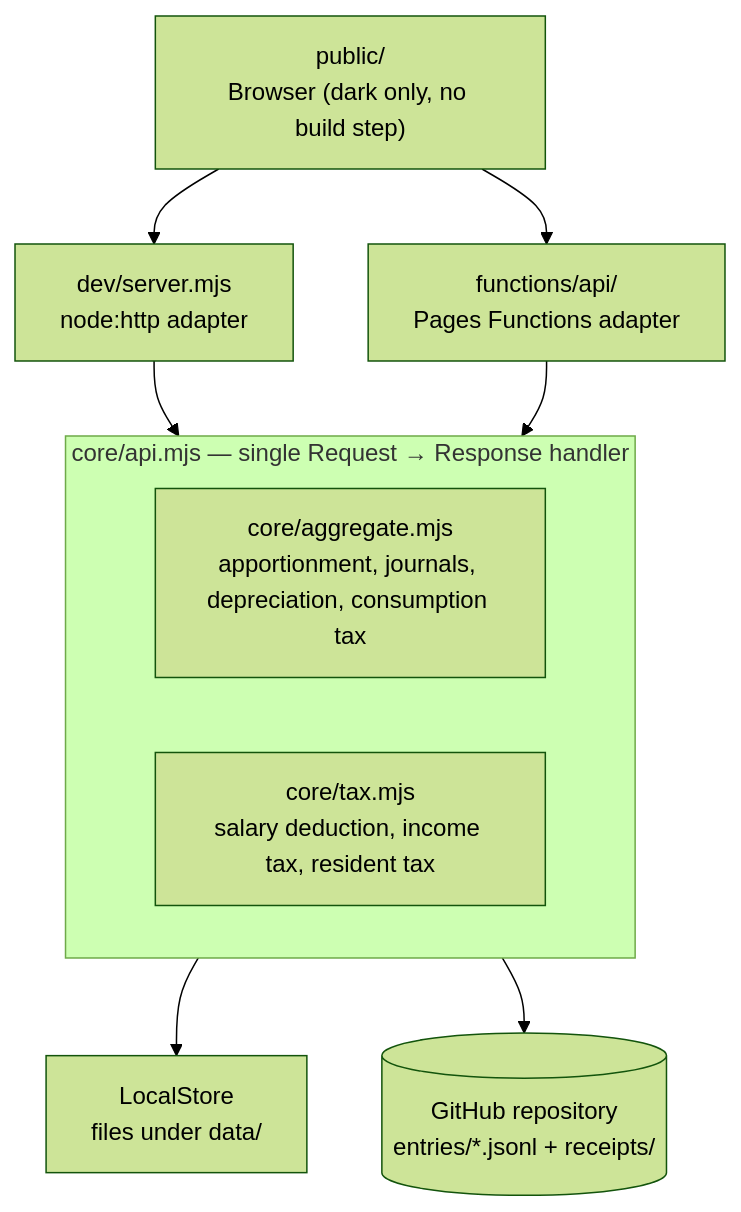
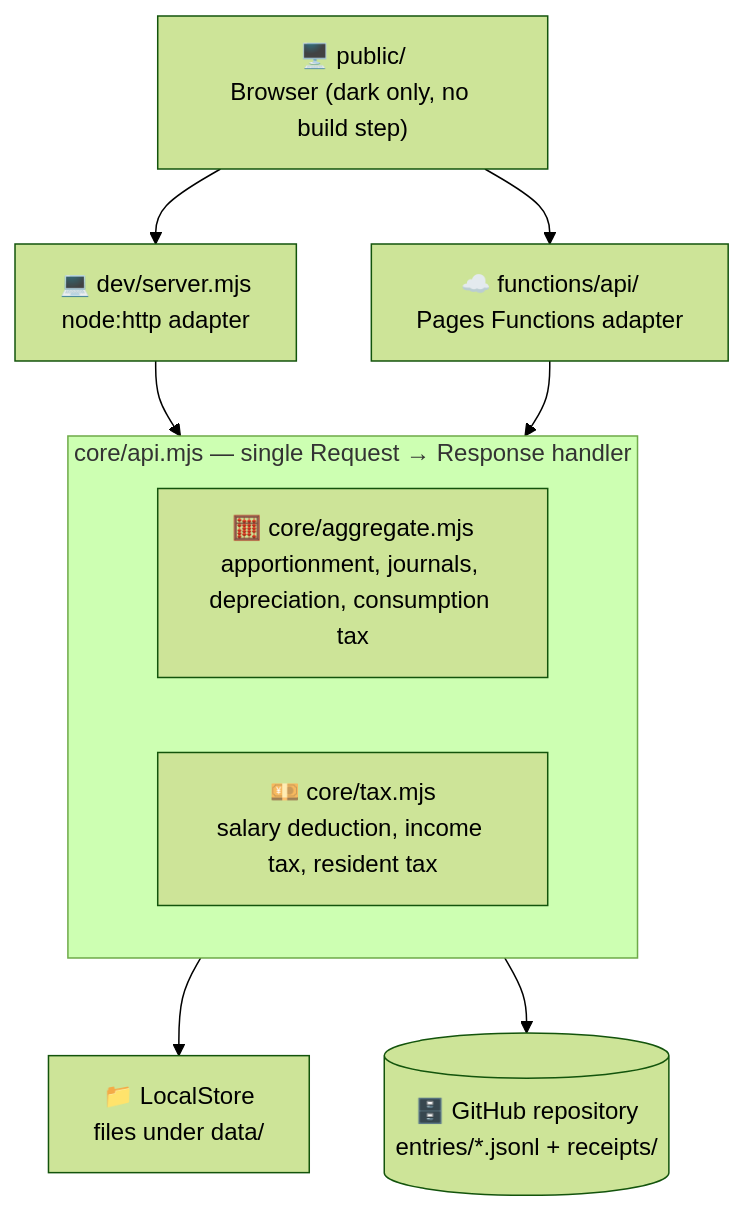
One commit to yktsnet/etax-prep changed the diagram in README.en.md. Above: the diagram before and after it, drawn with Mermaid (forest theme). The commit also changed 1 other file, not shown here.

Commit message:
docs: Mermaid の各ノードに絵文字を置く (#12)

````diff
--- a/README.en.md
+++ b/README.en.md
@@ -54,19 +54,19 @@
 ```mermaid
 flowchart TB
-  UI["public/<br/>Browser (dark only, no build step)"]
+  UI["🖥️ public/<br/>Browser (dark only, no build step)"]
 
   subgraph handler["core/api.mjs — single Request → Response handler"]
-    AGG["core/aggregate.mjs<br/>apportionment, journals, depreciation, consumption tax"]
-    TAX["core/tax.mjs<br/>salary deduction, income tax, resident tax"]
+    AGG["🧮 core/aggregate.mjs<br/>apportionment, journals, depreciation, consumption tax"]
+    TAX["💴 core/tax.mjs<br/>salary deduction, income tax, resident tax"]
   end
 
-  DEV["dev/server.mjs<br/>node:http adapter"]
-  FN["functions/api/<br/>Pages Functions adapter"]
-  LOCAL["LocalStore<br/>files under data/"]
-  GH[("GitHub repository<br/>entries/*.jsonl + receipts/")]
+  DEV["💻 dev/server.mjs<br/>node:http adapter"]
+  FN["☁️ functions/api/<br/>Pages Functions adapter"]
+  LOCAL["📁 LocalStore<br/>files under data/"]
+  GH[("🗄️ GitHub repository<br/>entries/*.jsonl + receipts/")]
 
   UI --> DEV --> handler
   UI --> FN --> handler
   handler --> LOCAL
   handler --> GH
 ```
````
